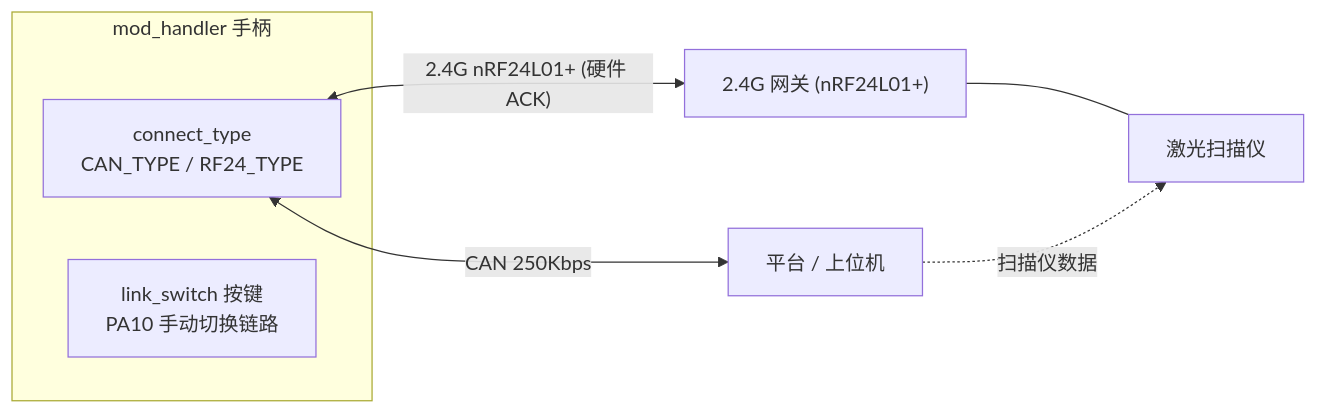
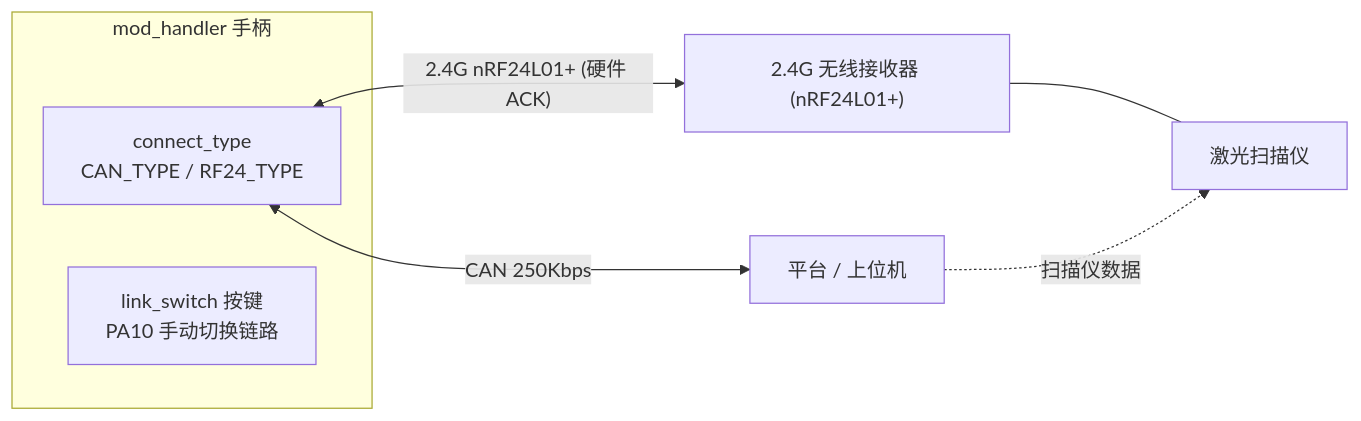
One commit to kabirz/zephyr_app changed the second of 6 diagrams in docs/architecture.md. Above: the diagram before and after it, drawn with Mermaid. The commit also changed 3 other files, not shown here.

````diff
--- a/docs/architecture.md
+++ b/docs/architecture.md
@@ -41,16 +41,16 @@
 ```mermaid
 flowchart LR
     subgraph H["mod_handler 手柄"]
         CTRL["connect_type<br/>CAN_TYPE / RF24_TYPE"]
         SW["link_switch 按键<br/>PA10 手动切换链路"]
     end
 
     PLATFORM["平台 / 上位机"]
-    GW["2.4G 网关 (nRF24L01+)"]
+    GW["2.4G 无线接收器 (nRF24L01+)"]
     SCANNER["激光扫描仪"]
 
     CTRL <-->|"CAN 250Kbps"| PLATFORM
     CTRL <-->|"2.4G nRF24L01+ (硬件 ACK)"| GW
     GW --- SCANNER
     PLATFORM -.->|"扫描仪数据"| SCANNER
 ```
````
